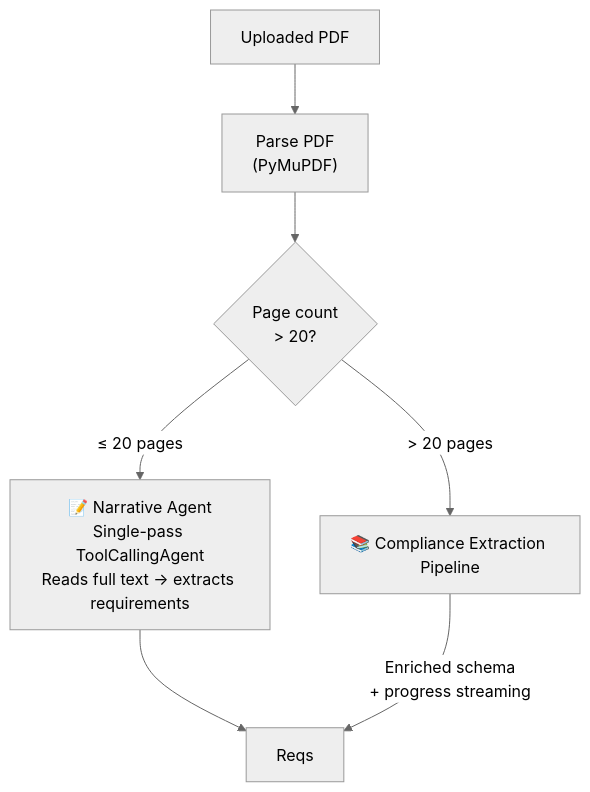
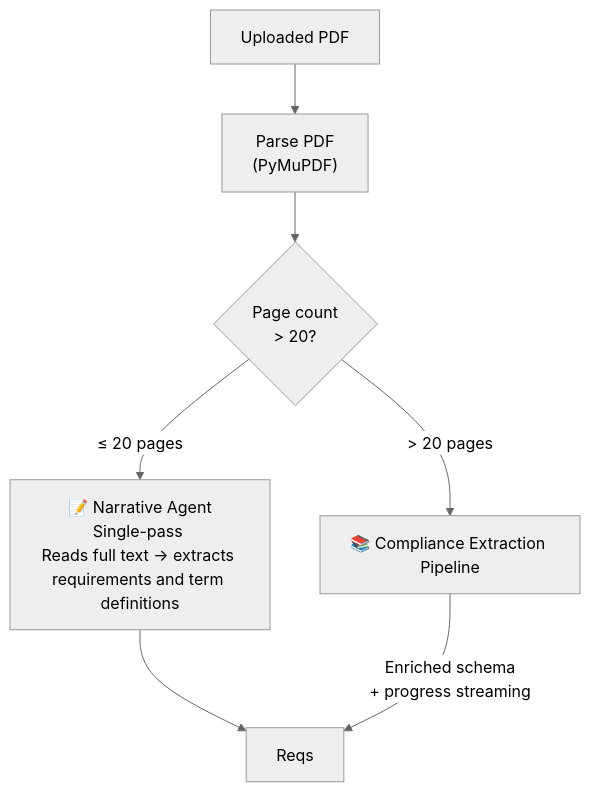
One commit to yuguang/readily changed the second of 6 diagrams in README.md. Above: the diagram before and after it, drawn with Mermaid (neutral theme). The commit also changed other lines of this file and 3 other files, not shown here.

````diff
--- a/README.md
+++ b/README.md
@@ -33,9 +31,9 @@
 ```mermaid
 flowchart TD
     PDF["Uploaded PDF"] --> Parse["Parse PDF\n(PyMuPDF)"]
     Parse --> Length{"Page count\n> 20?"}
-    Length -->|"≤ 20 pages"| Narrative["📝 Narrative Agent\nSingle-pass ToolCallingAgent\nReads full text → extracts requirements"]
+    Length -->|"≤ 20 pages"| Narrative["📝 Narrative Agent\nSingle-pass \nReads full text → extracts requirements and term definitions"]
     Length -->|"> 20 pages"| Compliance["📚 Compliance Extraction Pipeline\n"]
     Narrative --> Reqs
     Compliance -->|"Enriched schema\n+ progress streaming"| Reqs
 ```
````
